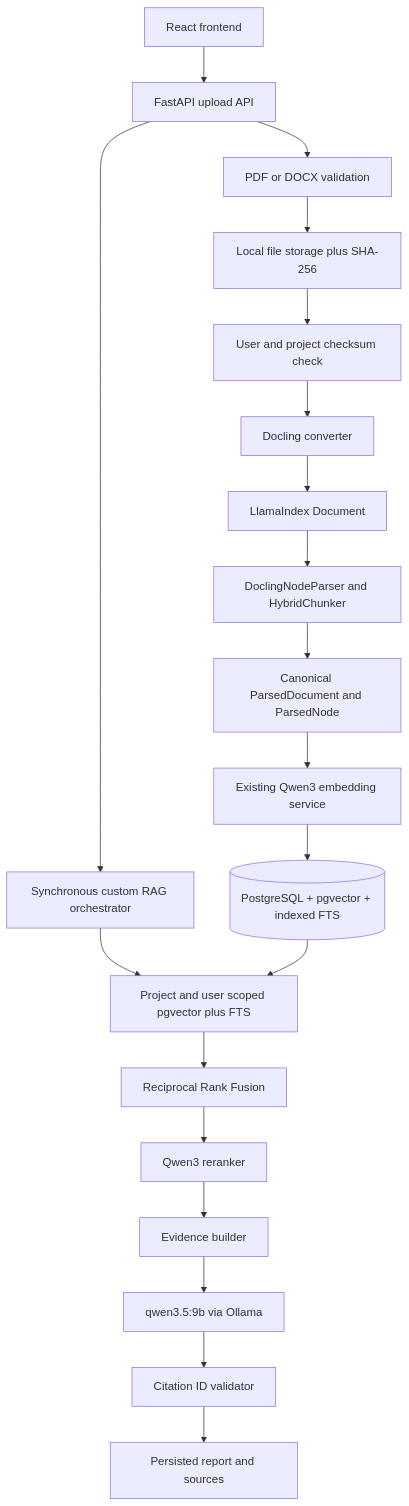
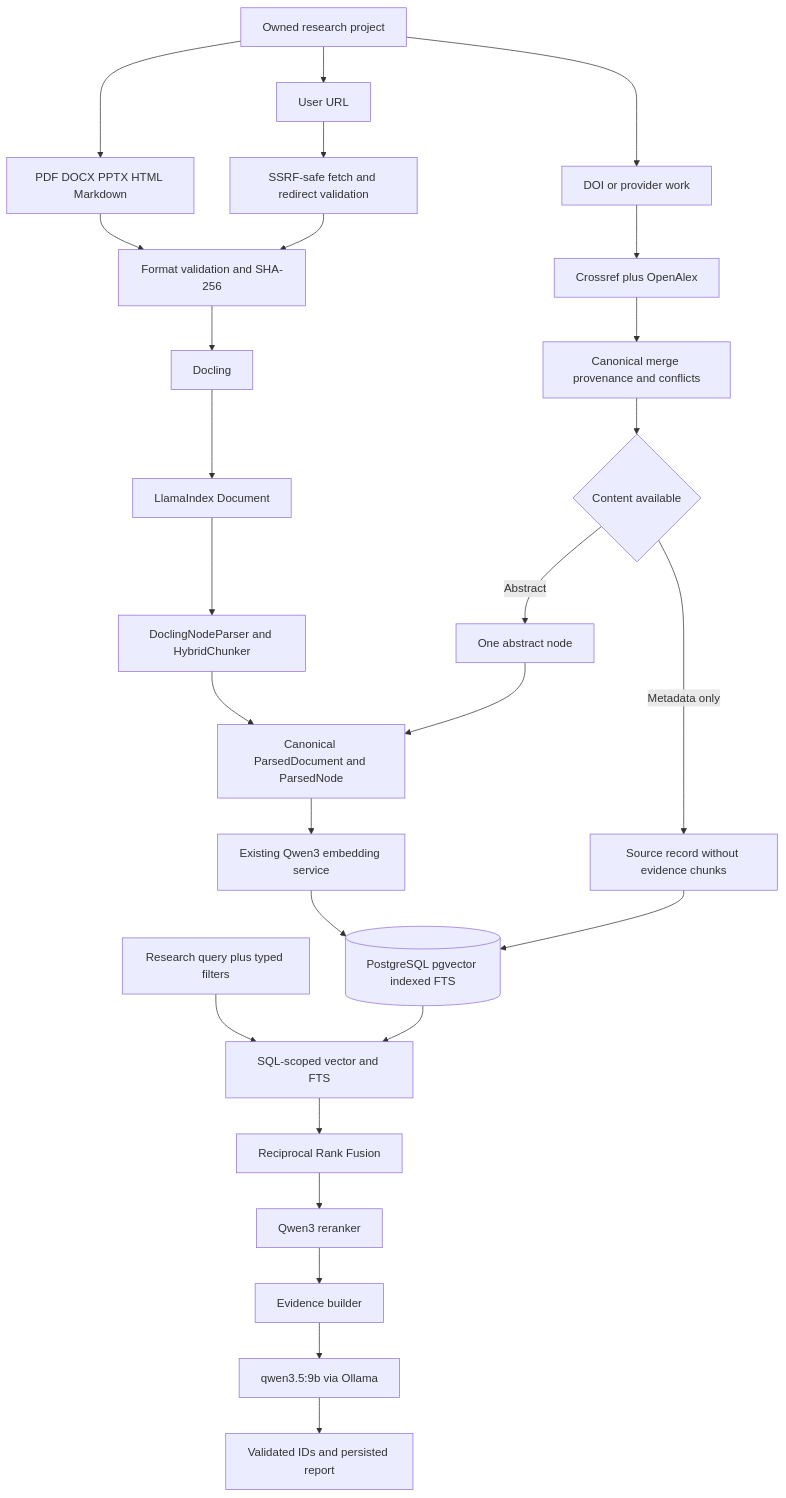
One commit to Santanu-SP/AI-Research-Assistant changed the diagram in docs/ADVANCED_RAG_IMPLEMENTATION.md. Above: the diagram before and after it, drawn with Mermaid. The commit also changed other lines of this file and 38 other files, not shown here.

Commit message:
feat: add multi-source research ingestion

````diff
--- a/docs/ADVANCED_RAG_IMPLEMENTATION.md
+++ b/docs/ADVANCED_RAG_IMPLEMENTATION.md
@@ -18,23 +12,34 @@
 ```mermaid
 flowchart TD
-    UI[React frontend] --> API[FastAPI upload API]
-    API --> VALIDATE[PDF or DOCX validation]
-    VALIDATE --> STORE[Local file storage plus SHA-256]
-    STORE --> DEDUPE[User and project checksum check]
-    DEDUPE --> DOCLING[Docling converter]
+    PROJECT[Owned research project]
+    PROJECT --> FILE[PDF DOCX PPTX HTML Markdown]
+    PROJECT --> URL[User URL]
+    PROJECT --> DOI[DOI or provider work]
+
+    FILE --> VALIDATE[Format validation and SHA-256]
+    VALIDATE --> DOCLING[Docling]
+    URL --> SAFE[SSRF-safe fetch and redirect validation]
+    SAFE --> VALIDATE
     DOCLING --> LIDOC[LlamaIndex Document]
     LIDOC --> LINODE[DoclingNodeParser and HybridChunker]
+
+    DOI --> PROVIDERS[Crossref plus OpenAlex]
+    PROVIDERS --> MERGE[Canonical merge provenance and conflicts]
+    MERGE --> LEVEL{Content available}
+    LEVEL -->|Abstract| ABSTRACT[One abstract node]
+    LEVEL -->|Metadata only| META[Source record without evidence chunks]
+
     LINODE --> CANON[Canonical ParsedDocument and ParsedNode]
-    CANON --> EMBED[Existing Qwen3 embedding service]
-    EMBED --> PG[(PostgreSQL + pgvector + indexed FTS)]
+    ABSTRACT --> CANON
+    CANON --> QWEN[Existing Qwen3 embedding service]
+    QWEN --> DB[(PostgreSQL pgvector indexed FTS)]
+    META --> DB
 
-    API --> RAG[Synchronous custom RAG orchestrator]
-    RAG --> HYBRID[Project and user scoped pgvector plus FTS]
-    PG --> HYBRID
-    HYBRID --> RRF[Reciprocal Rank Fusion]
+    QUESTION[Research query plus typed filters] --> RETRIEVE[SQL-scoped vector and FTS]
+    DB --> RETRIEVE
+    RETRIEVE --> RRF[Reciprocal Rank Fusion]
     RRF --> RERANK[Qwen3 reranker]
     RERANK --> EVIDENCE[Evidence builder]
     EVIDENCE --> OLLAMA[qwen3.5:9b via Ollama]
-    OLLAMA --> VALIDATE_CITATION[Citation ID validator]
-    VALIDATE_CITATION --> REPORT[Persisted report and sources]
+    OLLAMA --> REPORT[Validated IDs and persisted report]
 ```
````
